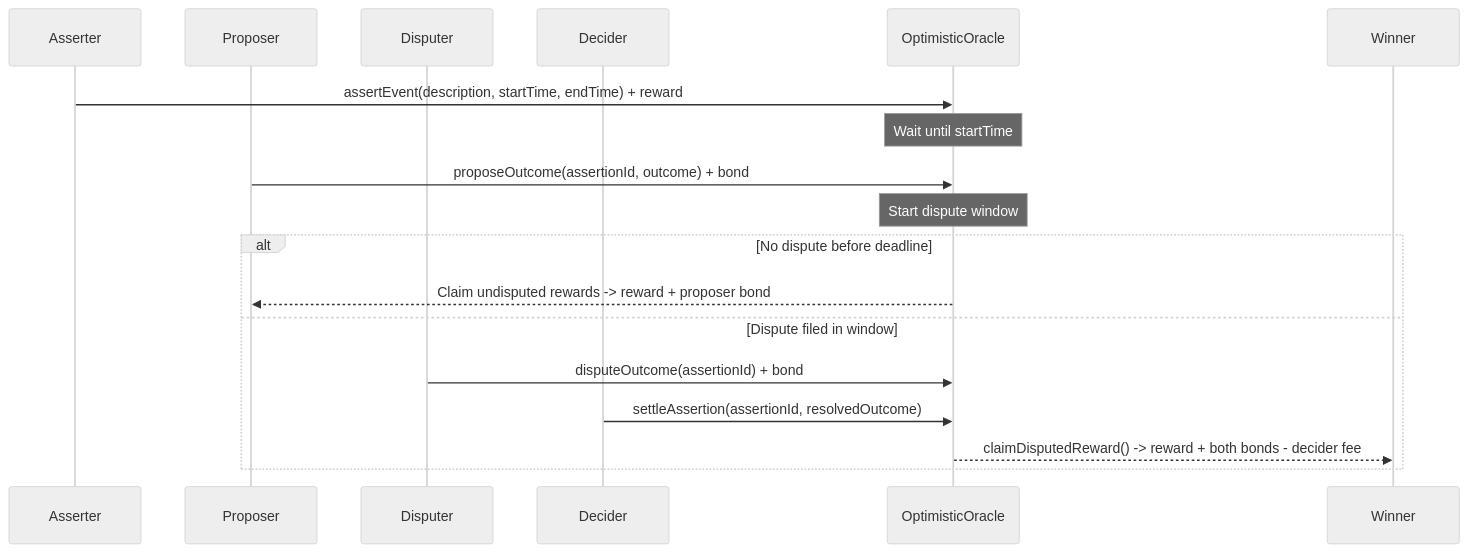
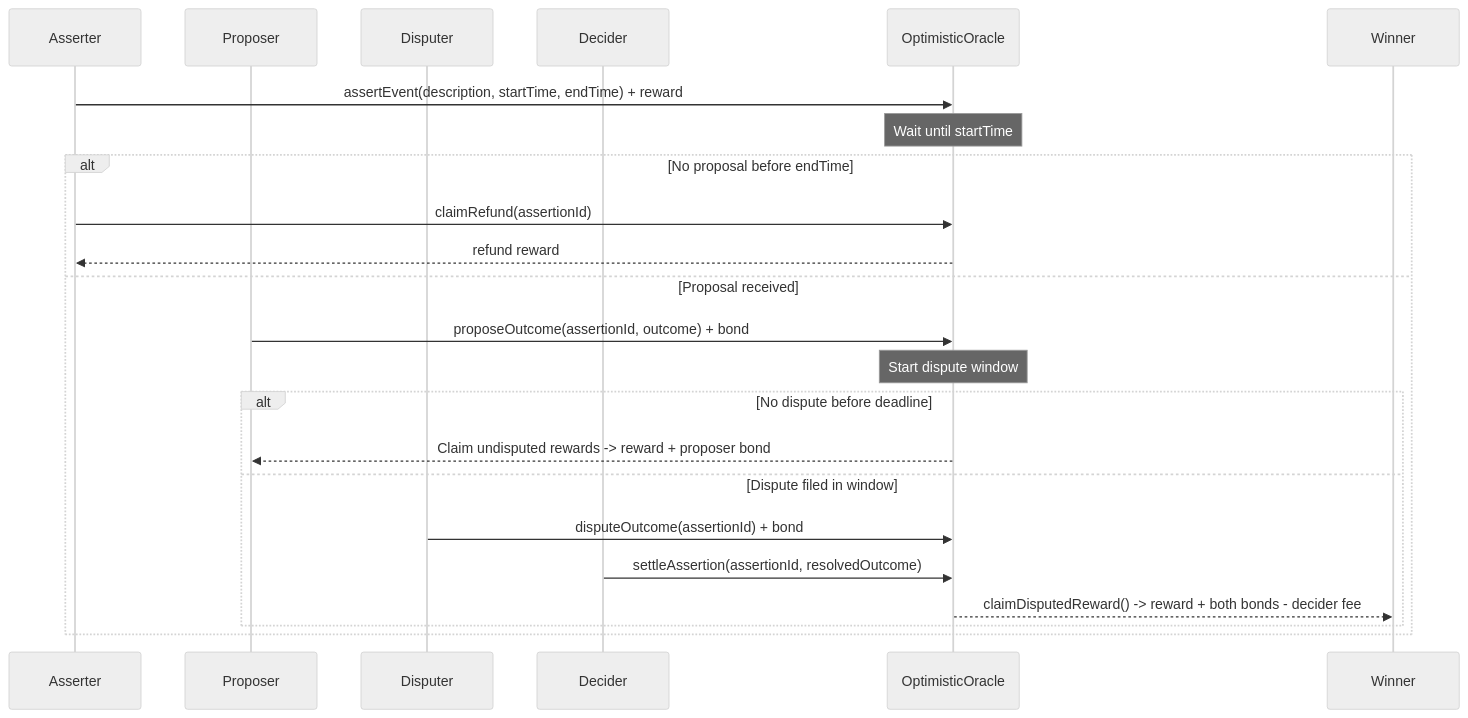
The diagram in README.md (BuidlGuidl/oracle-challenge), drawn with Mermaid (neutral theme) before and after one commit. The commit also changed other lines of this file and 1 other file, not shown here.

````diff
--- a/README.md
+++ b/README.md
@@ -431,20 +418,25 @@
 ```mermaid
+
 sequenceDiagram
   participant A as Asserter
   participant P as Proposer
   participant D as Disputer
   participant C as Decider
   participant O as OptimisticOracle
-
   A->>O: assertEvent(description, startTime, endTime) + reward
   Note over O: Wait until startTime
-  P->>O: proposeOutcome(assertionId, outcome) + bond
-  Note over O: Start dispute window
-  alt No dispute before deadline
-    O-->>P: Claim undisputed rewards -> reward + proposer bond
-  else Dispute filed in window
-    D->>O: disputeOutcome(assertionId) + bond
-    C->>O: settleAssertion(assertionId, resolvedOutcome)
-    O-->>Winner: claimDisputedReward() -> reward + both bonds - decider fee
+  alt No proposal before endTime
+    A->>O: claimRefund(assertionId)
+    O-->>A: refund reward
+  else Proposal received
+    P->>O: proposeOutcome(assertionId, outcome) + bond
+    Note over O: Start dispute window
+    alt No dispute before deadline
+      O-->>P: Claim undisputed rewards -> reward + proposer bond
+    else Dispute filed in window
+      D->>O: disputeOutcome(assertionId) + bond
+      C->>O: settleAssertion(assertionId, resolvedOutcome)
+      O-->>Winner: claimDisputedReward() -> reward + both bonds - decider fee
+    end
   end
 ```
````
